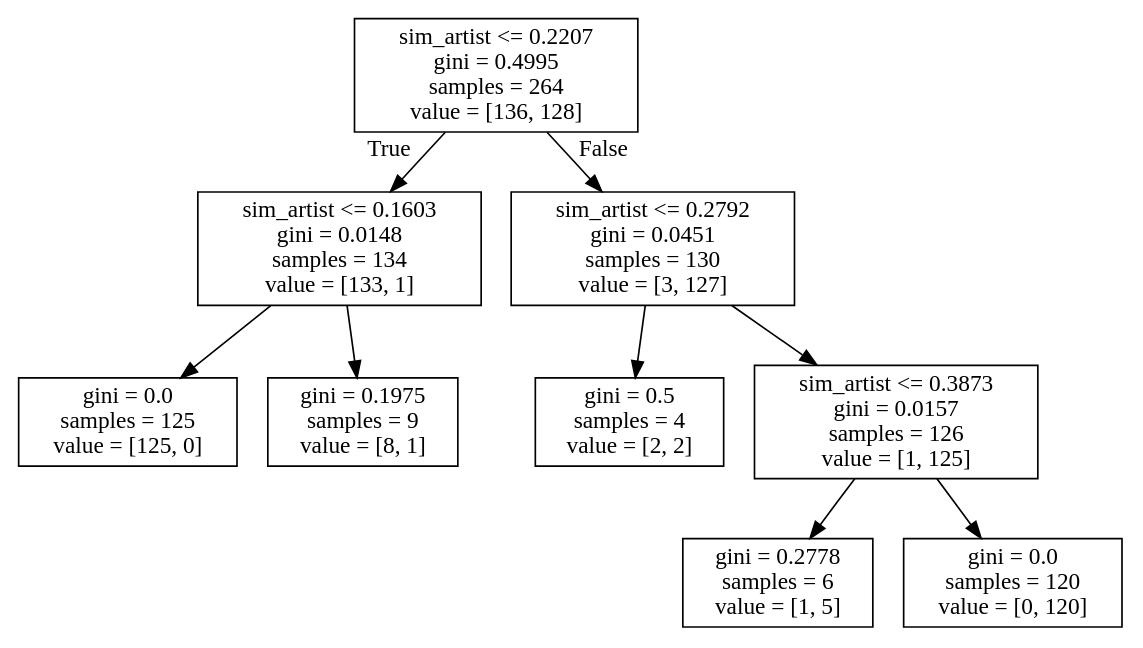
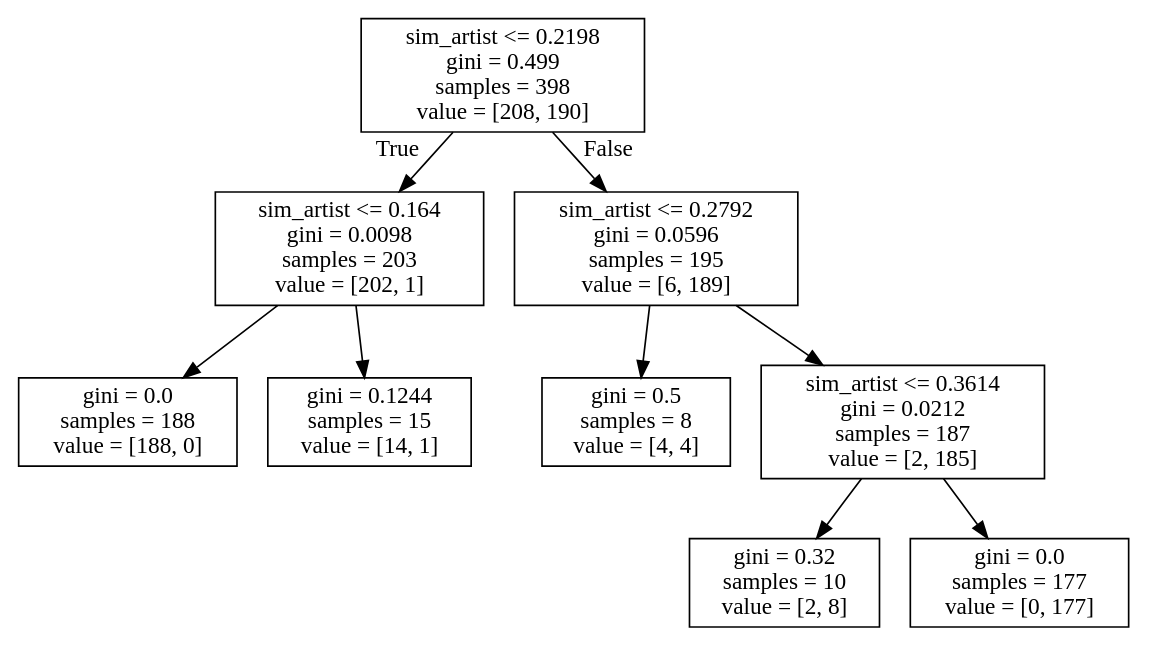
Before and after one commit to ede0m/music_data-638: the diagram in csv/training/tree.dot, drawn with Graphviz. The commit also changed 22 other files, not shown here.

```diff
--- a/csv/training/tree.dot
+++ b/csv/training/tree.dot
@@ -1,20 +1,20 @@
 digraph Tree {
 node [shape=box] ;
-0 [label="sim_artist <= 0.2207\ngini = 0.4995\nsamples = 264\nvalue = [136, 128]"] ;
-1 [label="sim_artist <= 0.1603\ngini = 0.0148\nsamples = 134\nvalue = [133, 1]"] ;
+0 [label="sim_artist <= 0.2198\ngini = 0.499\nsamples = 398\nvalue = [208, 190]"] ;
+1 [label="sim_artist <= 0.164\ngini = 0.0098\nsamples = 203\nvalue = [202, 1]"] ;
 0 -> 1 [labeldistance=2.5, labelangle=45, headlabel="True"] ;
-2 [label="gini = 0.0\nsamples = 125\nvalue = [125, 0]"] ;
+2 [label="gini = 0.0\nsamples = 188\nvalue = [188, 0]"] ;
 1 -> 2 ;
-3 [label="gini = 0.1975\nsamples = 9\nvalue = [8, 1]"] ;
+3 [label="gini = 0.1244\nsamples = 15\nvalue = [14, 1]"] ;
 1 -> 3 ;
-4 [label="sim_artist <= 0.2792\ngini = 0.0451\nsamples = 130\nvalue = [3, 127]"] ;
+4 [label="sim_artist <= 0.2792\ngini = 0.0596\nsamples = 195\nvalue = [6, 189]"] ;
 0 -> 4 [labeldistance=2.5, labelangle=-45, headlabel="False"] ;
-5 [label="gini = 0.5\nsamples = 4\nvalue = [2, 2]"] ;
+5 [label="gini = 0.5\nsamples = 8\nvalue = [4, 4]"] ;
 4 -> 5 ;
-6 [label="sim_artist <= 0.3873\ngini = 0.0157\nsamples = 126\nvalue = [1, 125]"] ;
+6 [label="sim_artist <= 0.3614\ngini = 0.0212\nsamples = 187\nvalue = [2, 185]"] ;
 4 -> 6 ;
-7 [label="gini = 0.2778\nsamples = 6\nvalue = [1, 5]"] ;
+7 [label="gini = 0.32\nsamples = 10\nvalue = [2, 8]"] ;
 6 -> 7 ;
-8 [label="gini = 0.0\nsamples = 120\nvalue = [0, 120]"] ;
+8 [label="gini = 0.0\nsamples = 177\nvalue = [0, 177]"] ;
 6 -> 8 ;
 }
```
